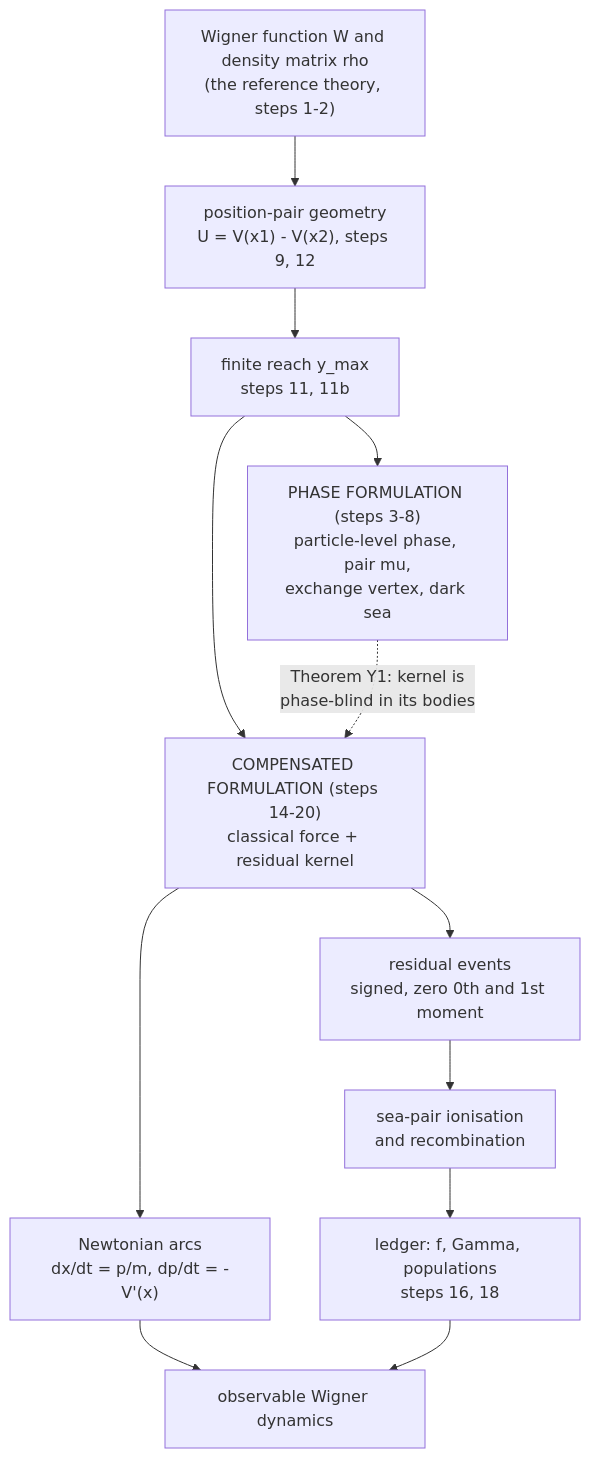
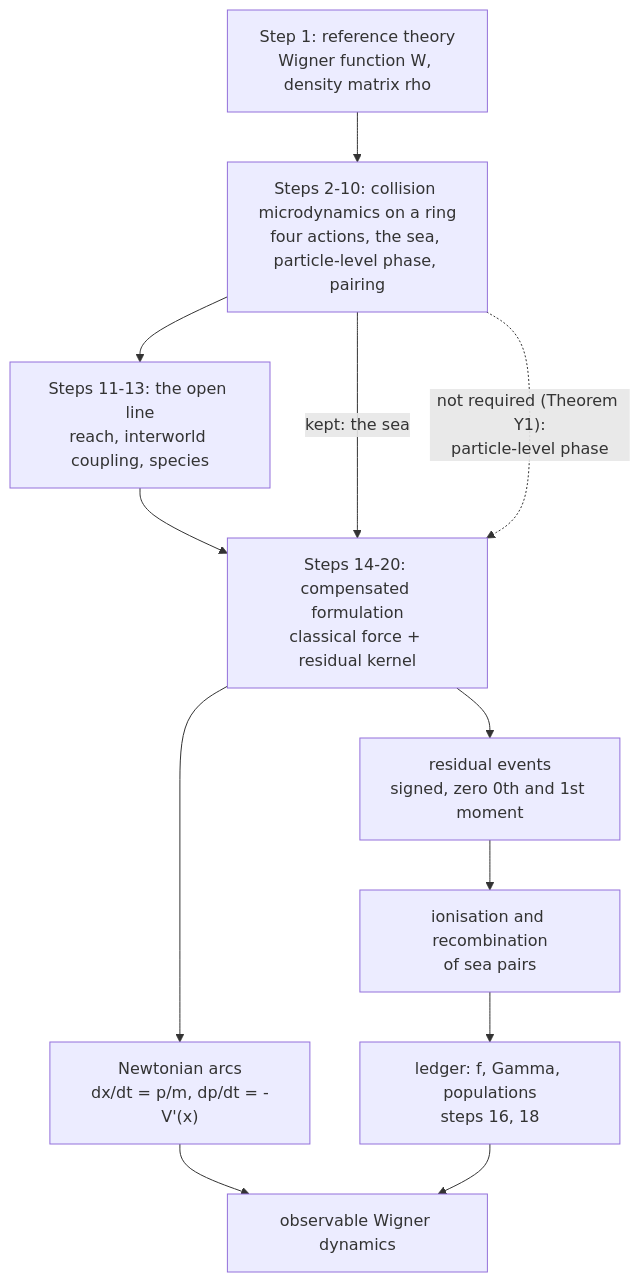
The diagram in ORIENTATION.md (billpage/wpmw), drawn with Mermaid before and after one commit. The commit also changed other lines of this file, not shown here.

````diff
--- a/ORIENTATION.md
+++ b/ORIENTATION.md
@@ -382,18 +474,16 @@
 ```mermaid
 flowchart TD
-    REF["Wigner function W and density matrix rho<br/>(the reference theory, steps 1-2)"]
-    REF --> PAIR["position-pair geometry<br/>U = V(x1) - V(x2), steps 9, 12"]
-    PAIR --> REACH["finite reach y_max<br/>steps 11, 11b"]
-
-    REACH --> PHASE["PHASE FORMULATION (steps 3-8)<br/>particle-level phase, pair mu,<br/>exchange vertex, dark sea"]
-    REACH --> COMP["COMPENSATED FORMULATION (steps 14-20)<br/>classical force + residual kernel"]
-
+    REF["Step 1: reference theory<br/>Wigner function W, density matrix rho"]
+    EARLY["Steps 2-10: collision microdynamics on a ring<br/>four actions, the sea, particle-level phase, pairing"]
+    OPEN["Steps 11-13: the open line<br/>reach, interworld coupling, species"]
+    COMP["Steps 14-20: compensated formulation<br/>classical force + residual kernel"]
+    REF --> EARLY --> OPEN --> COMP
+    EARLY -->|"kept: the sea"| COMP
+    EARLY -.->|"not required (Theorem Y1):<br/>particle-level phase"| COMP
     COMP --> NEWT["Newtonian arcs<br/>dx/dt = p/m, dp/dt = -V'(x)"]
     COMP --> RES["residual events<br/>signed, zero 0th and 1st moment"]
-    RES --> SEA["sea-pair ionisation<br/>and recombination"]
+    RES --> SEA["ionisation and recombination<br/>of sea pairs"]
     SEA --> LEDGER["ledger: f, Gamma, populations<br/>steps 16, 18"]
     NEWT --> OBS["observable Wigner dynamics"]
     LEDGER --> OBS
-
-    PHASE -.->|"Theorem Y1: kernel is<br/>phase-blind in its bodies"| COMP
 ```
````
